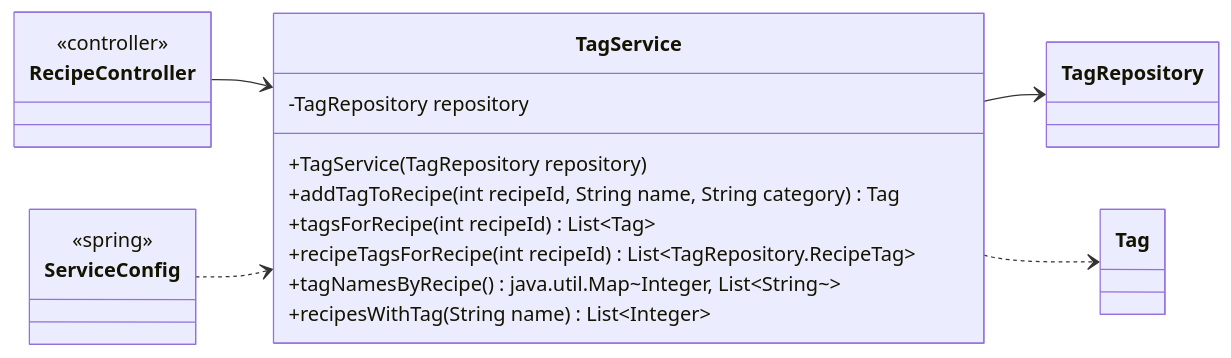
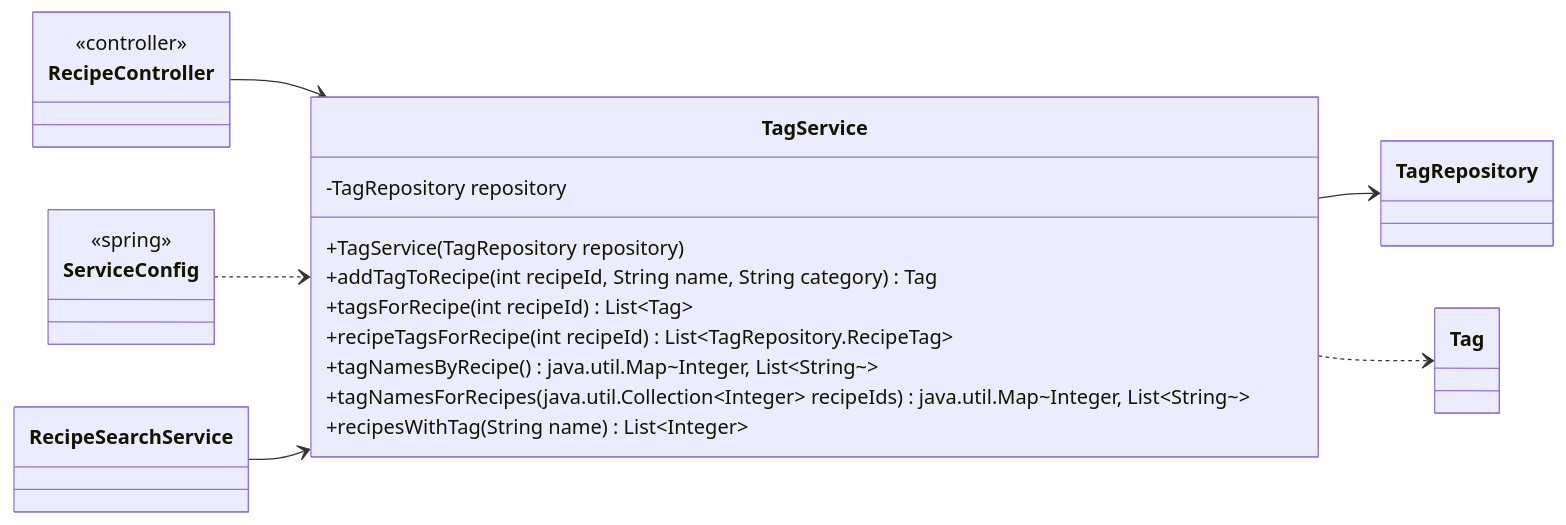
Diagram 29 of 30 in docs/classes/tags.md (Nate-ryan-7690/dahaem), drawn with Mermaid before and after one commit. The commit also changed other lines of this file and 35 other files, not shown here.

First line of the commit message:
Recipe search and paging for GET /api/recipes

````diff
--- a/docs/classes/tags.md
+++ b/docs/classes/tags.md
@@ -1409,25 +1411,28 @@
 ```mermaid
 classDiagram
     direction LR
     class tags_TagService["TagService"] {
         -TagRepository repository
         +TagService(TagRepository repository)
         +addTagToRecipe(int recipeId, String name, String category) Tag
         +tagsForRecipe(int recipeId) List~Tag~
         +recipeTagsForRecipe(int recipeId) List~TagRepository.RecipeTag~
         +tagNamesByRecipe() java.util.Map~Integer, List~String~~
+        +tagNamesForRecipes(java.util.Collection~Integer~ recipeIds) java.util.Map~Integer, List~String~~
         +recipesWithTag(String name) List~Integer~
     }
     class tags_TagRepository["TagRepository"]
     class api_RecipeController["RecipeController"] {
         <<controller>>
     }
+    class mealplanner_RecipeSearchService["RecipeSearchService"]
     class tags_Tag["Tag"]
     class api_ServiceConfig["ServiceConfig"] {
         <<spring>>
     }
     tags_TagService --> tags_TagRepository
     tags_TagService ..> tags_Tag
     api_RecipeController --> tags_TagService
     api_ServiceConfig ..> tags_TagService
+    mealplanner_RecipeSearchService --> tags_TagService
 ```
````
